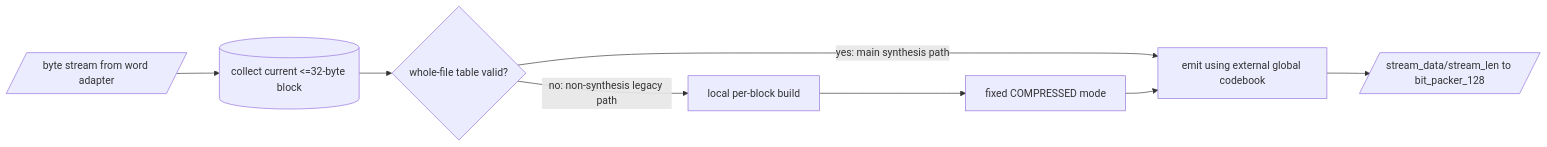
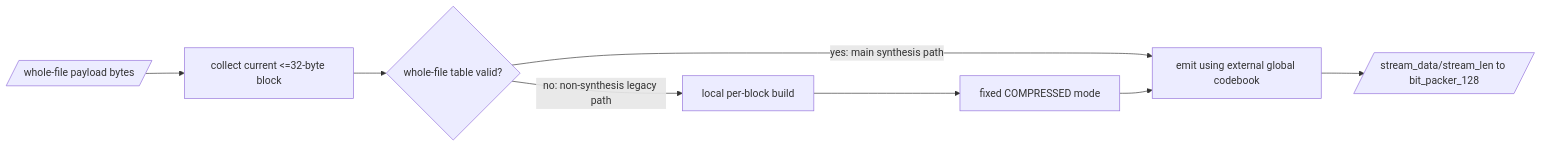
One commit to ngoquocan139/AES_huffman_all6 changed the diagram in docs/dynamic_huffman_encoder_spec.md. Above: the diagram before and after it, drawn with Mermaid. The commit also changed other lines of this file and 17 other files, not shown here.

````diff
--- a/docs/dynamic_huffman_encoder_spec.md
+++ b/docs/dynamic_huffman_encoder_spec.md
@@ -86,10 +91,10 @@
 ```mermaid
 flowchart LR
-  IN[/"byte stream from word adapter"/] --> COL[("collect current <=32-byte block")]
+  IN[/"whole-file payload bytes"/] --> COL["collect current <=32-byte block"]
   COL --> WF{"whole-file table valid?"}
   WF -->|"yes: main synthesis path"| EMIT["emit using external global codebook"]
   WF -->|"no: non-synthesis legacy path"| BLD["local per-block build"]
   BLD --> MODE["fixed COMPRESSED mode"]
   MODE --> EMIT
   EMIT --> OUT[/"stream_data/stream_len to bit_packer_128"/]
 ```
````
